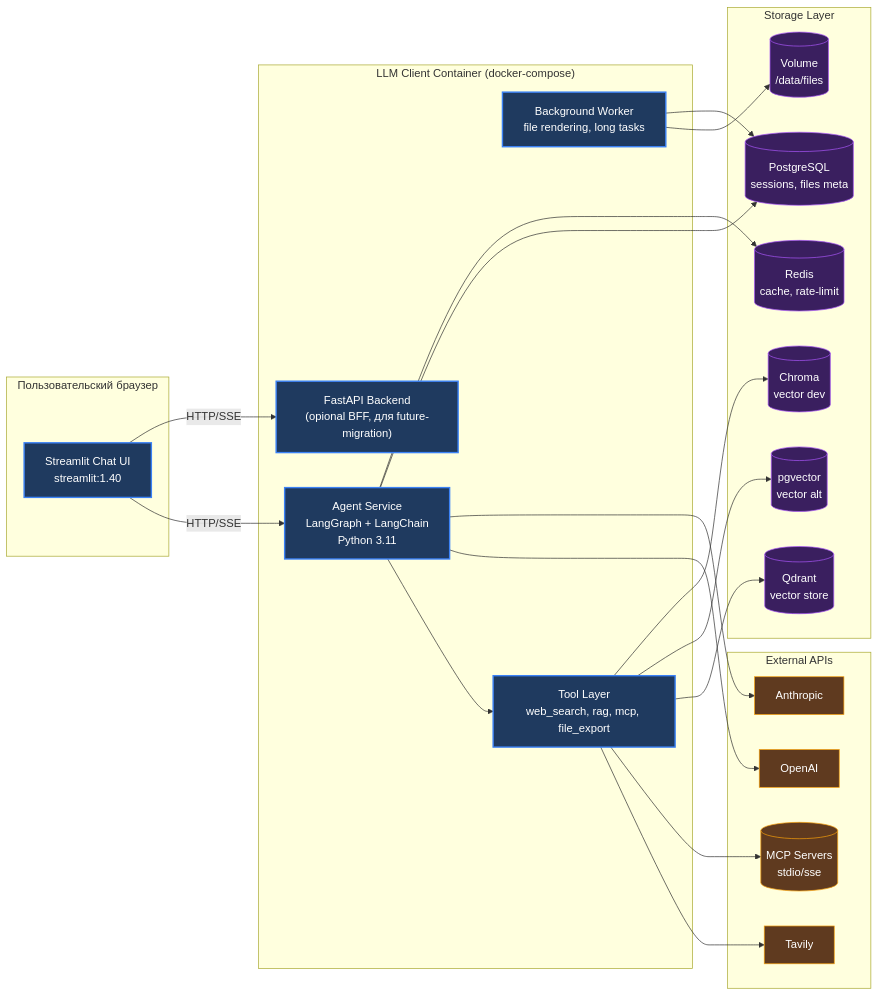
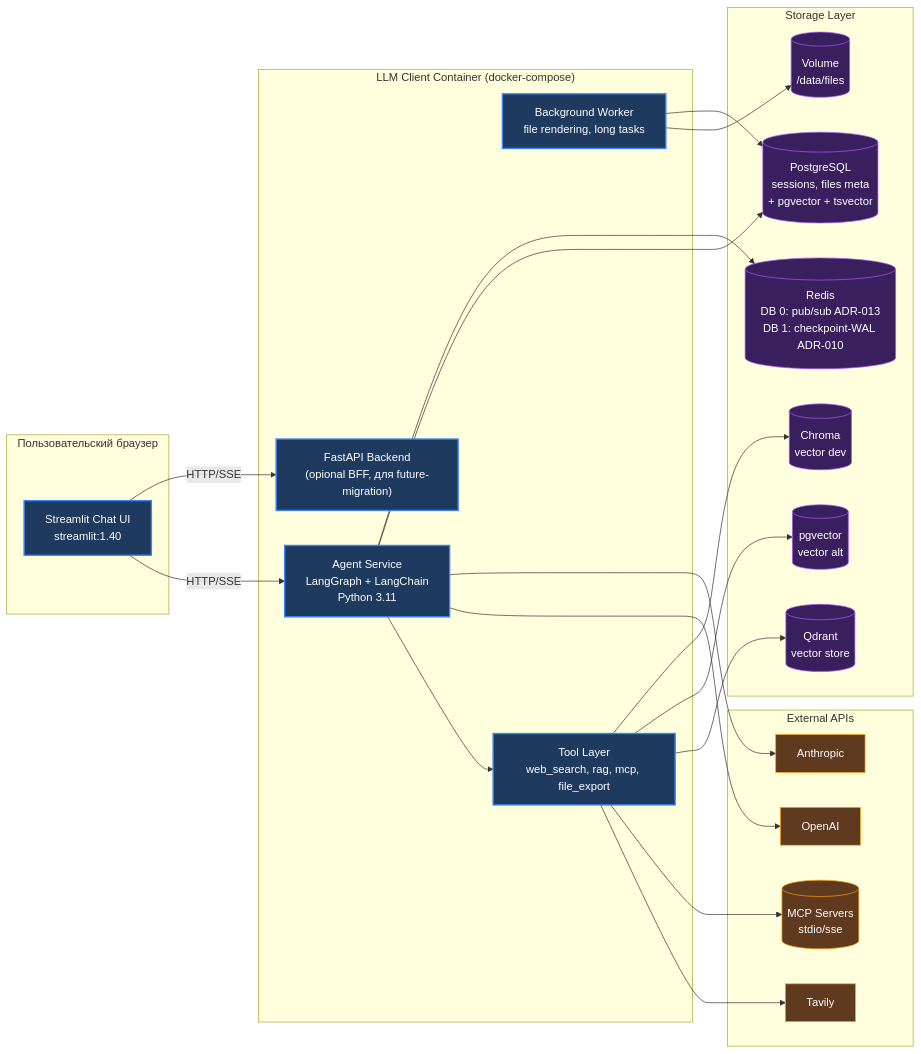
The second of 8 diagrams in analytics/ARCHITECT.md (Reider85/OriaAI), drawn with Mermaid before and after one commit. The commit also changed other lines of this file and 9 other files, not shown here.

````diff
--- a/analytics/ARCHITECT.md
+++ b/analytics/ARCHITECT.md
@@ -116,51 +116,51 @@
 ```mermaid
 flowchart LR
     subgraph Browser["Пользовательский браузер"]
         UI["Streamlit Chat UI<br/>streamlit:1.40"]
     end
 
     subgraph App["LLM Client Container (docker-compose)"]
         API["FastAPI Backend<br/>(opional BFF, для future-migration)"]
         AGENT["Agent Service<br/>LangGraph + LangChain<br/>Python 3.11"]
         WORKER["Background Worker<br/>file rendering, long tasks"]
         TOOLS["Tool Layer<br/>web_search, rag, mcp, file_export"]
     end
 
     subgraph Storage["Storage Layer"]
-        PG[("PostgreSQL<br/>sessions, files meta")]
-        REDIS[("Redis<br/>cache, rate-limit")]
+        PG[("PostgreSQL<br/>sessions, files meta<br/>+ pgvector + tsvector")]
+        REDIS[("Redis<br/>DB 0: pub/sub ADR-013<br/>DB 1: checkpoint-WAL ADR-010")]
         VEC1[("Qdrant<br/>vector store")]
         VEC2[("pgvector<br/>vector alt")]
         VEC3[("Chroma<br/>vector dev")]
         FS[("Volume<br/>/data/files")]
     end
 
     subgraph External["External APIs"]
         OAI[OpenAI]
         ANT[Anthropic]
         TAV[Tavily]
         MCP[("MCP Servers<br/>stdio/sse")]
     end
 
     UI -->|HTTP/SSE| AGENT
     UI -->|HTTP/SSE| API
     AGENT --> TOOLS
     AGENT --> OAI
     AGENT --> ANT
     TOOLS --> TAV
     TOOLS --> MCP
     TOOLS --> VEC1
     TOOLS --> VEC2
     TOOLS --> VEC3
     AGENT --> PG
     AGENT --> REDIS
     WORKER --> FS
     WORKER --> PG
 
     classDef container fill:#1f3a5f,stroke:#3b82f6,color:#fff,stroke-width:2px
     classDef storage fill:#3a1f5f,stroke:#a855f7,color:#fff
     classDef external fill:#5f3a1f,stroke:#f59e0b,color:#fff
     class UI,API,AGENT,WORKER,TOOLS container
     class PG,REDIS,VEC1,VEC2,VEC3,FS storage
     class OAI,ANT,TAV,MCP external
 ```
````
